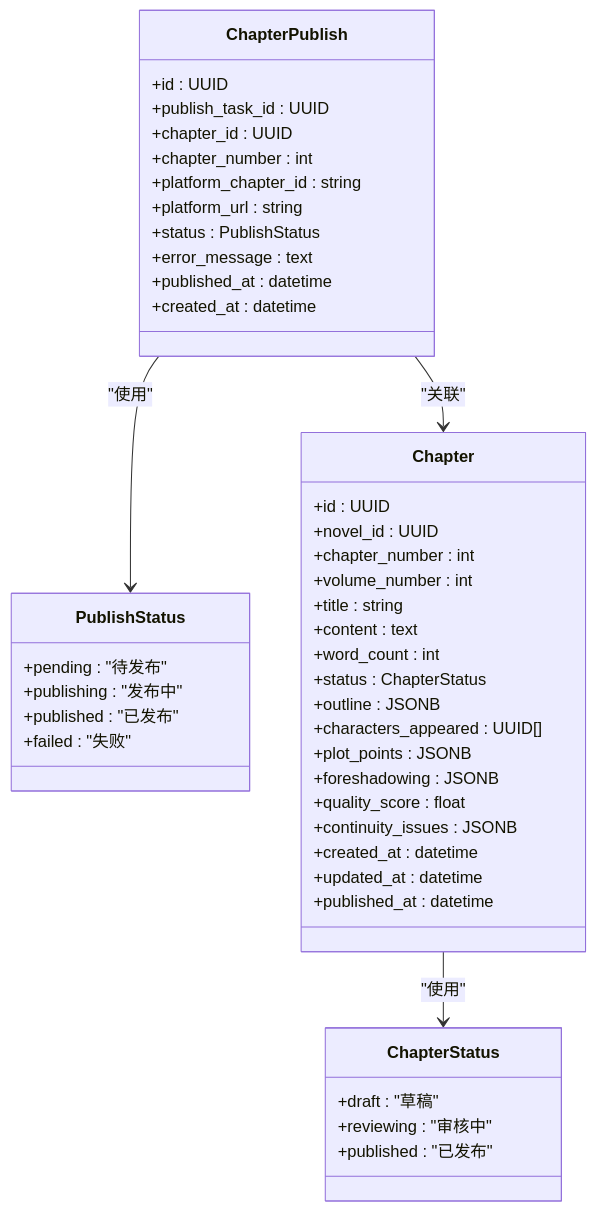
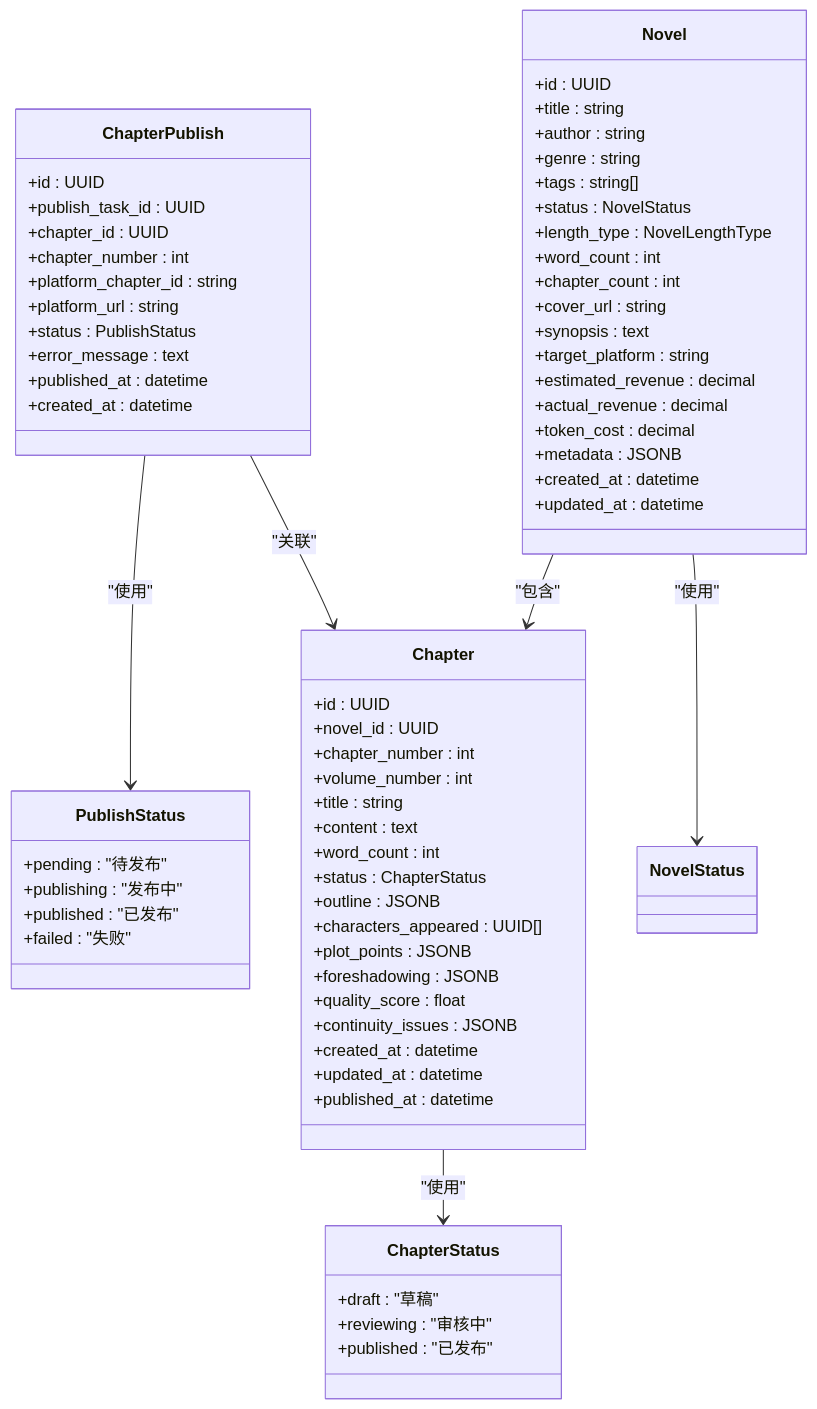
The second of 9 diagrams in .qoder/repowiki/zh/content/API接口文档/章节管理API.md (xfbyxq/ai-novel-system), drawn with Mermaid before and after one commit. The commit also changed other lines of this file and 84 other files, not shown here.

````diff
--- a/.qoder/repowiki/zh/content/API接口文档/章节管理API.md
+++ b/.qoder/repowiki/zh/content/API接口文档/章节管理API.md
@@ -98,48 +114,70 @@
 ```mermaid
 classDiagram
 class ChapterStatus {
 +draft : "草稿"
 +reviewing : "审核中"
 +published : "已发布"
 }
 class PublishStatus {
 +pending : "待发布"
 +publishing : "发布中"
 +published : "已发布"
 +failed : "失败"
 }
 class Chapter {
 +id : UUID
 +novel_id : UUID
 +chapter_number : int
 +volume_number : int
 +title : string
 +content : text
 +word_count : int
 +status : ChapterStatus
 +outline : JSONB
 +characters_appeared : UUID[]
 +plot_points : JSONB
 +foreshadowing : JSONB
 +quality_score : float
 +continuity_issues : JSONB
 +created_at : datetime
 +updated_at : datetime
 +published_at : datetime
 }
+class Novel {
++id : UUID
++title : string
++author : string
++genre : string
++tags : string[]
++status : NovelStatus
++length_type : NovelLengthType
++word_count : int
++chapter_count : int
++cover_url : string
++synopsis : text
++target_platform : string
++estimated_revenue : decimal
++actual_revenue : decimal
++token_cost : decimal
++metadata : JSONB
++created_at : datetime
++updated_at : datetime
+}
 class ChapterPublish {
 +id : UUID
 +publish_task_id : UUID
 +chapter_id : UUID
 +chapter_number : int
 +platform_chapter_id : string
 +platform_url : string
 +status : PublishStatus
 +error_message : text
 +published_at : datetime
 +created_at : datetime
 }
 Chapter --> ChapterStatus : "使用"
+Novel --> NovelStatus : "使用"
 ChapterPublish --> PublishStatus : "使用"
 ChapterPublish --> Chapter : "关联"
+Novel --> Chapter : "包含"
 ```
````
